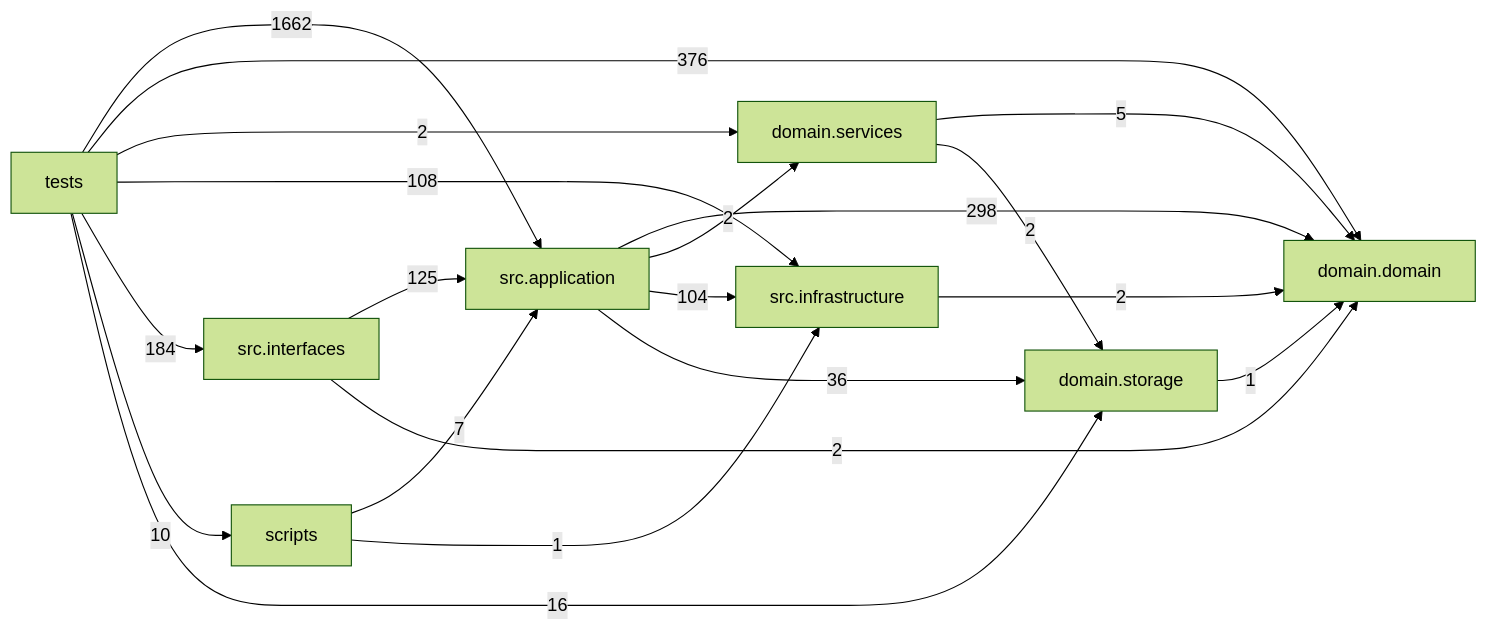
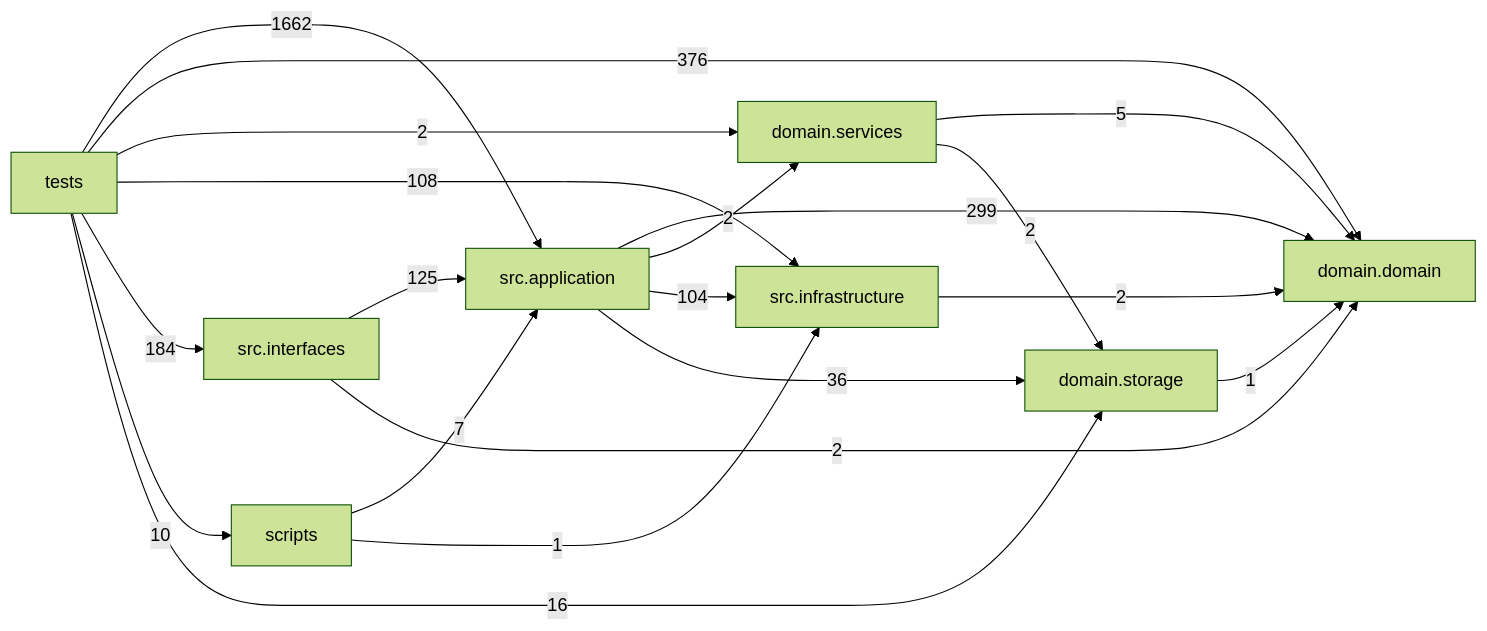
Before and after one commit to liuxie066/options-monitor: the diagram in docs/DEPENDENCY_GRAPH.md, drawn with Mermaid (forest theme). The commit also changed other lines of this file and 1 other file, not shown here.

Commit message:
docs: refresh dependency graph for cash_totals module

````diff
--- a/docs/DEPENDENCY_GRAPH.md
+++ b/docs/DEPENDENCY_GRAPH.md
@@ -24,30 +24,30 @@
 ```mermaid
 flowchart LR
   tests["tests"]
   scripts["scripts"]
   interfaces["src.interfaces"]
   application["src.application"]
   infrastructure["src.infrastructure"]
   domain_services["domain.services"]
   domain["domain.domain"]
   storage["domain.storage"]
-  application -->|298| domain
+  application -->|299| domain
   application -->|2| domain_services
   application -->|104| infrastructure
   application -->|36| storage
   domain_services -->|5| domain
   domain_services -->|2| storage
   infrastructure -->|2| domain
   interfaces -->|125| application
   interfaces -->|2| domain
   scripts -->|7| application
   scripts -->|1| infrastructure
   storage -->|1| domain
   tests -->|1662| application
   tests -->|376| domain
   tests -->|2| domain_services
   tests -->|108| infrastructure
   tests -->|184| interfaces
   tests -->|10| scripts
   tests -->|16| storage
 ```
````
